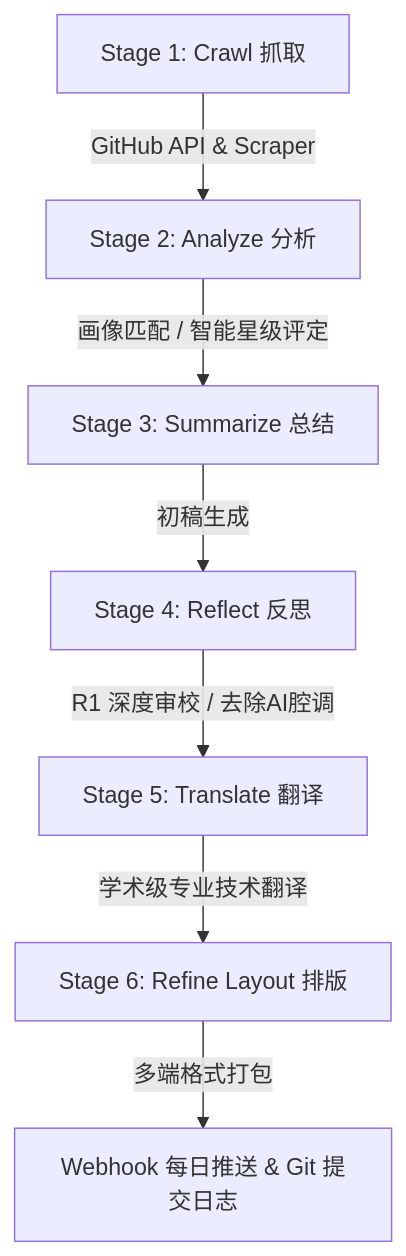
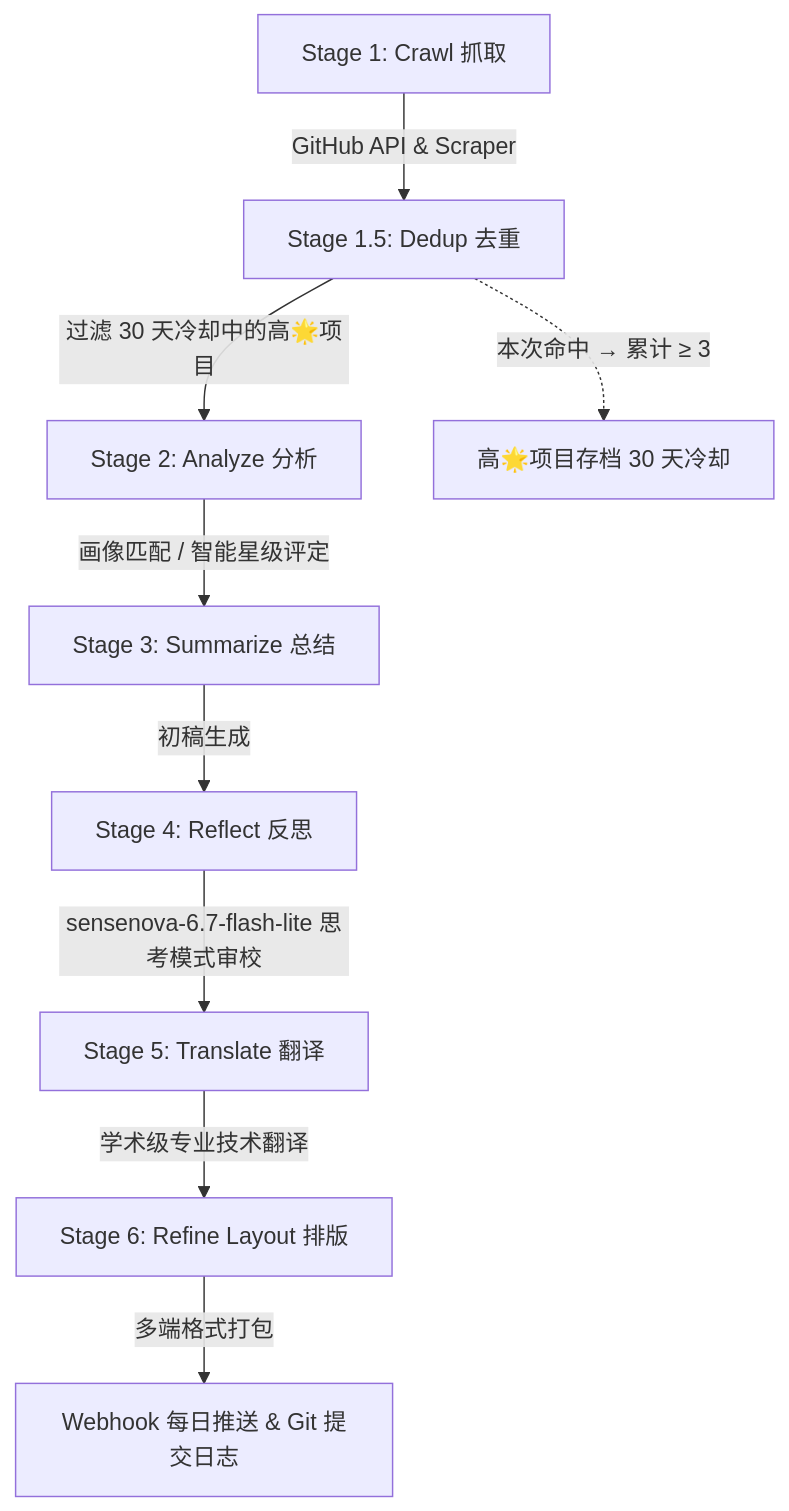
One commit to Golden0Voyager/auto_github changed the diagram in README.md. Above: the diagram before and after it, drawn with Mermaid. The commit also changed other lines of this file and 17 other files, not shown here.

First line of the commit message:
feat: switch LLM to sensenova-6.7-flash-lite and add high-star archive dedup

````diff
--- a/README.md
+++ b/README.md
@@ -16,9 +17,11 @@
 ```mermaid
 graph TD
-    A[Stage 1: Crawl 抓取] -->|GitHub API & Scraper| B[Stage 2: Analyze 分析]
-    B -->|画像匹配 / 智能星级评定| C[Stage 3: Summarize 总结]
-    C -->|初稿生成| D[Stage 4: Reflect 反思]
-    D -->|R1 深度审校 / 去除AI腔调| E[Stage 5: Translate 翻译]
-    E -->|学术级专业技术翻译| F[Stage 6: Refine Layout 排版]
-    F -->|多端格式打包| G[Webhook 每日推送 & Git 提交日志]
+    A[Stage 1: Crawl 抓取] -->|GitHub API & Scraper| B[Stage 1.5: Dedup 去重]
+    B -->|过滤 30 天冷却中的高🌟项目| C[Stage 2: Analyze 分析]
+    C -->|画像匹配 / 智能星级评定| D[Stage 3: Summarize 总结]
+    D -->|初稿生成| E[Stage 4: Reflect 反思]
+    E -->|sensenova-6.7-flash-lite 思考模式审校| F[Stage 5: Translate 翻译]
+    F -->|学术级专业技术翻译| G[Stage 6: Refine Layout 排版]
+    G -->|多端格式打包| H[Webhook 每日推送 & Git 提交日志]
+    B -.->|本次命中 → 累计 ≥ 3| I[高🌟项目存档 30 天冷却]
 ```
````
